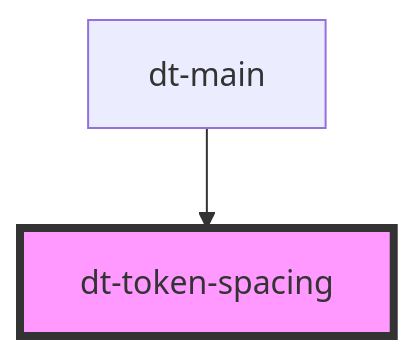
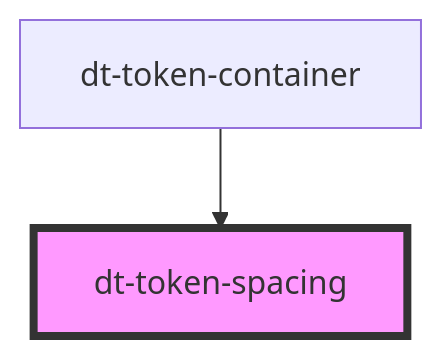
The diagram in src/components/token-spacing/readme.md (genexuslabs/design-tokens-editor), drawn with Mermaid before and after one commit. The commit also changed other lines of this file and 33 other files, not shown here.

Commit message:
finish token-container code

````diff
--- a/src/components/token-spacing/readme.md
+++ b/src/components/token-spacing/readme.md
@@ -22,5 +22,5 @@
 ```mermaid
 graph TD;
-  dt-main --> dt-token-spacing
+  dt-token-container --> dt-token-spacing
   style dt-token-spacing fill:#f9f,stroke:#333,stroke-width:4px
 ```
````
